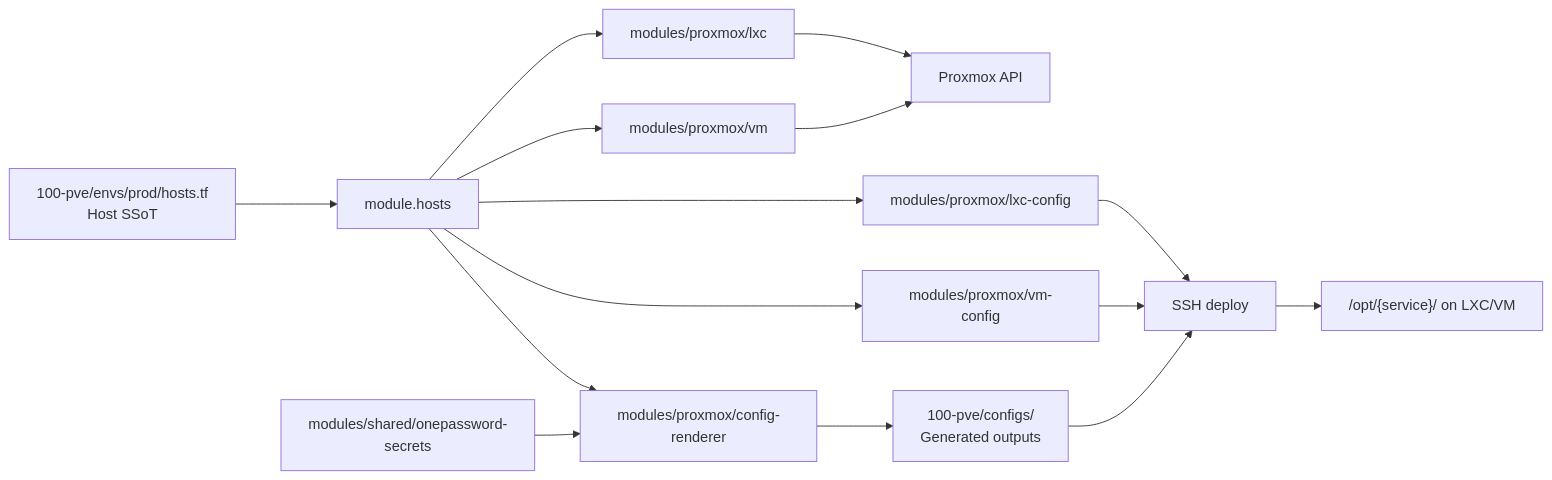
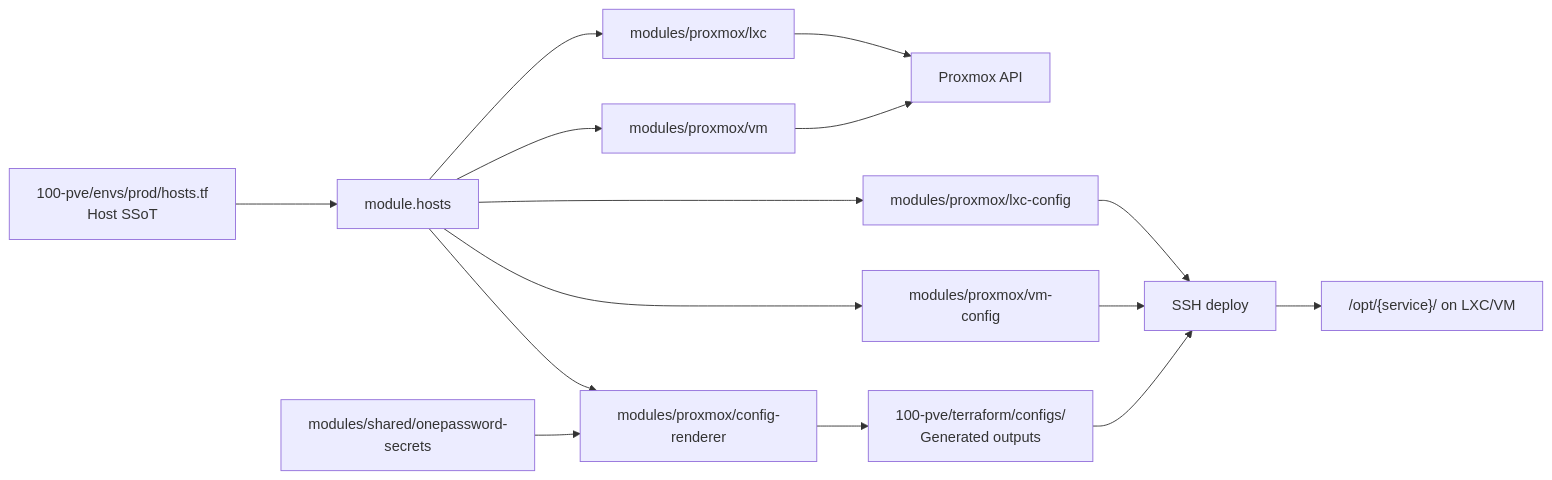
One commit to jclee941/terraform changed the second of 4 diagrams in ARCHITECTURE.md. Above: the diagram before and after it, drawn with Mermaid. The commit also changed 188 other files, not shown here.

````diff
--- a/ARCHITECTURE.md
+++ b/ARCHITECTURE.md
@@ -135,19 +135,19 @@
 ```mermaid
 flowchart LR
   Hosts["100-pve/envs/prod/hosts.tf\nHost SSoT"] --> HostModule["module.hosts"]
   HostModule --> LXC["modules/proxmox/lxc"]
   HostModule --> VM["modules/proxmox/vm"]
   HostModule --> LXCConfig["modules/proxmox/lxc-config"]
   HostModule --> VMConfig["modules/proxmox/vm-config"]
 
   OP["modules/shared/onepassword-secrets"] --> Renderer["modules/proxmox/config-renderer"]
   HostModule --> Renderer
-  Renderer --> Configs["100-pve/configs/\nGenerated outputs"]
+  Renderer --> Configs["100-pve/terraform/configs/\nGenerated outputs"]
 
   LXC --> PVEAPI["Proxmox API"]
   VM --> PVEAPI
   LXCConfig --> SSH["SSH deploy"]
   VMConfig --> SSH
   Configs --> SSH
   SSH --> Targets["/opt/{service}/ on LXC/VM"]
 ```
````
